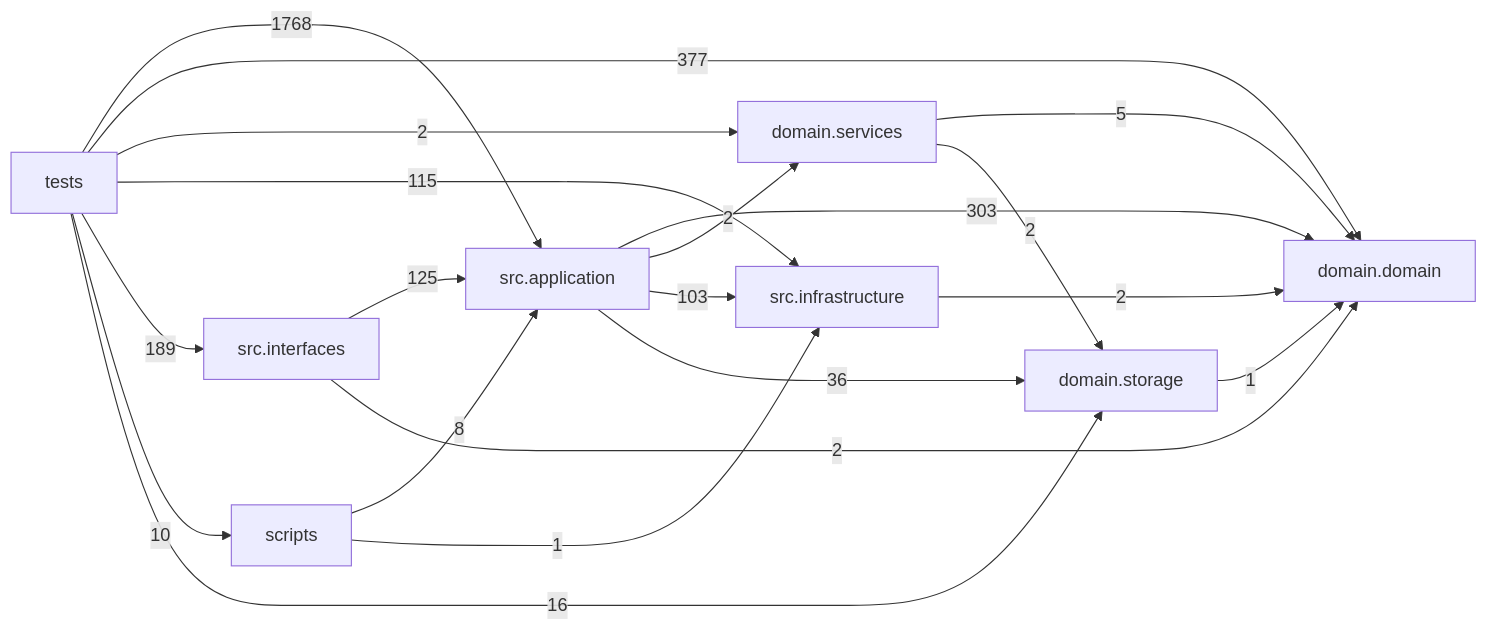
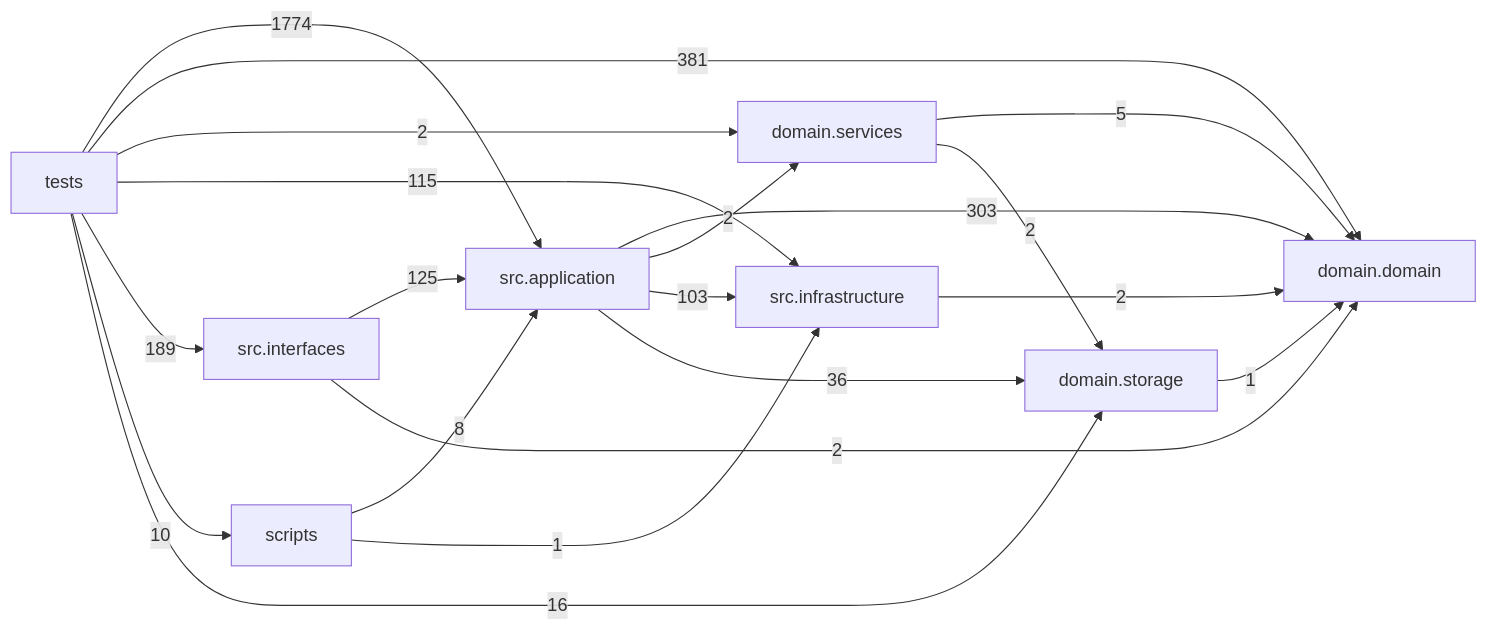
The diagram in docs/DEPENDENCY_GRAPH.md (liuxie066/options-monitor), drawn with Mermaid before and after one commit. The commit also changed other lines of this file and 30 other files, not shown here.

````diff
--- a/docs/DEPENDENCY_GRAPH.md
+++ b/docs/DEPENDENCY_GRAPH.md
@@ -24,30 +24,30 @@
 ```mermaid
 flowchart LR
   tests["tests"]
   scripts["scripts"]
   interfaces["src.interfaces"]
   application["src.application"]
   infrastructure["src.infrastructure"]
   domain_services["domain.services"]
   domain["domain.domain"]
   storage["domain.storage"]
   application -->|303| domain
   application -->|2| domain_services
   application -->|103| infrastructure
   application -->|36| storage
   domain_services -->|5| domain
   domain_services -->|2| storage
   infrastructure -->|2| domain
   interfaces -->|125| application
   interfaces -->|2| domain
   scripts -->|8| application
   scripts -->|1| infrastructure
   storage -->|1| domain
-  tests -->|1768| application
-  tests -->|377| domain
+  tests -->|1774| application
+  tests -->|381| domain
   tests -->|2| domain_services
   tests -->|115| infrastructure
   tests -->|189| interfaces
   tests -->|10| scripts
   tests -->|16| storage
 ```
````
